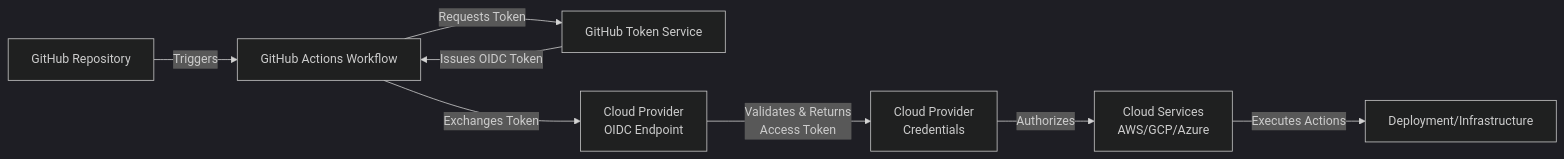
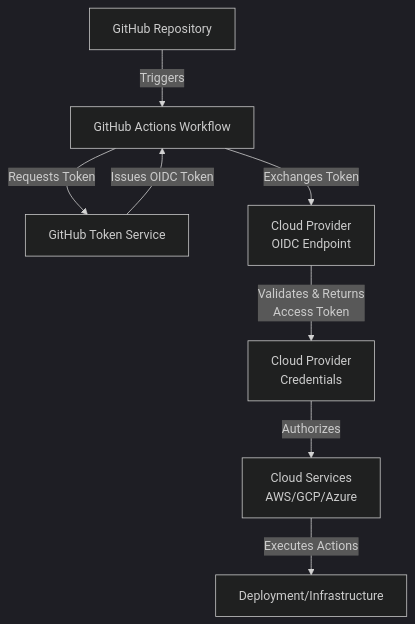
The diagram in README.md (cloud-gtm-core-apps/e2e-agent-patterns), drawn with Mermaid (dark theme) before and after one commit.

Commit message:
Change graph direction in GitHub Actions diagram

````diff
--- a/README.md
+++ b/README.md
@@ -5,10 +5,10 @@
 ```mermaid
-graph LR
+graph TD
     A["GitHub Repository"] -->|Triggers| B["GitHub Actions Workflow"]
     B -->|Requests Token| C["GitHub Token Service"]
     C -->|Issues OIDC Token| B
     B -->|Exchanges Token| D["Cloud Provider<br/>OIDC Endpoint"]
     D -->|Validates & Returns<br/>Access Token| E["Cloud Provider<br/>Credentials"]
     E -->|Authorizes| F["Cloud Services<br/>AWS/GCP/Azure"]
     F -->|Executes Actions| G["Deployment/Infrastructure"]
 ```
````
